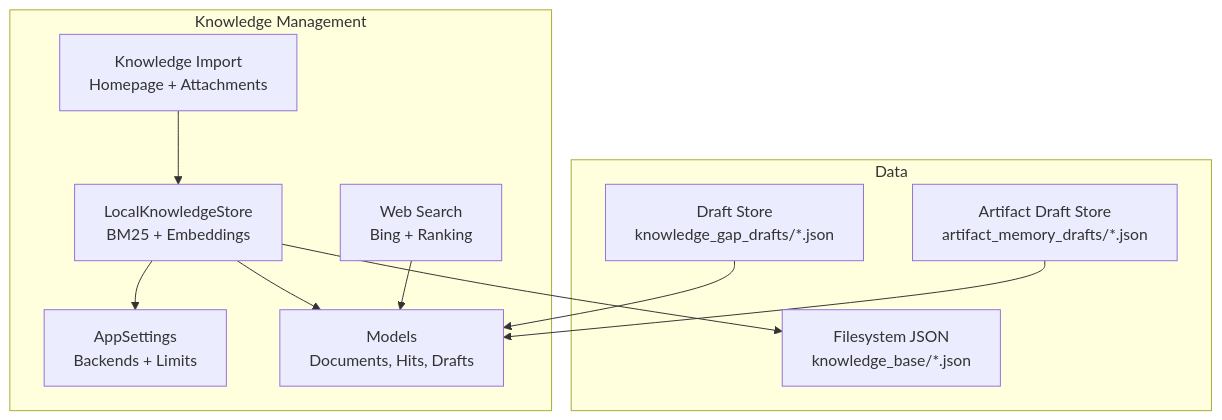
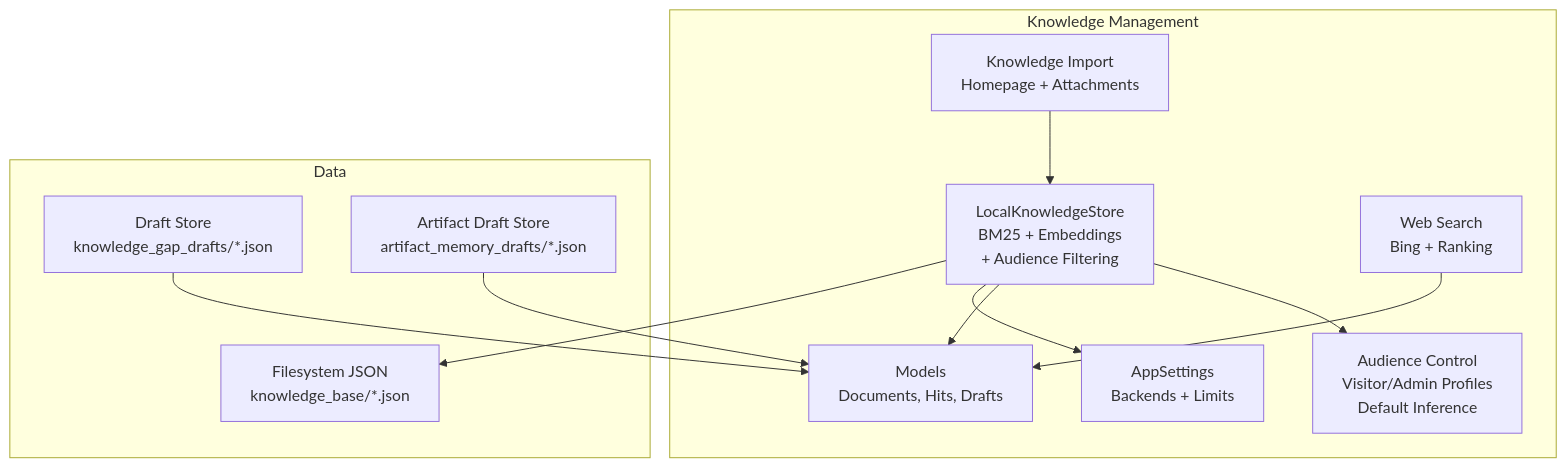
One commit to intellistream/sage-mate changed the first of 9 diagrams in .qoder/repowiki/en/content/Knowledge Management/Knowledge Management.md. Above: the diagram before and after it, drawn with Mermaid. The commit also changed other lines of this file and 121 other files, not shown here.

````diff
--- a/.qoder/repowiki/en/content/Knowledge Management/Knowledge Management.md
+++ b/.qoder/repowiki/en/content/Knowledge Management/Knowledge Management.md
@@ -42,22 +50,24 @@
 ```mermaid
 graph TB
 subgraph "Knowledge Management"
-KB["LocalKnowledgeStore<br/>BM25 + Embeddings"]
+KB["LocalKnowledgeStore<br/>BM25 + Embeddings<br/>+ Audience Filtering"]
 GI["Knowledge Import<br/>Homepage + Attachments"]
 WS["Web Search<br/>Bing + Ranking"]
 CFG["AppSettings<br/>Backends + Limits"]
 MODELS["Models<br/>Documents, Hits, Drafts"]
+AUDIENCE["Audience Control<br/>Visitor/Admin Profiles<br/>Default Inference"]
 end
 subgraph "Data"
 FS["Filesystem JSON<br/>knowledge_base/*.json"]
 GAP["Draft Store<br/>knowledge_gap_drafts/*.json"]
 ART["Artifact Draft Store<br/>artifact_memory_drafts/*.json"]
 end
 GI --> KB
 KB --> FS
 KB --> CFG
 KB --> MODELS
+KB --> AUDIENCE
 WS --> MODELS
 GAP --> MODELS
 ART --> MODELS
 ```
````
